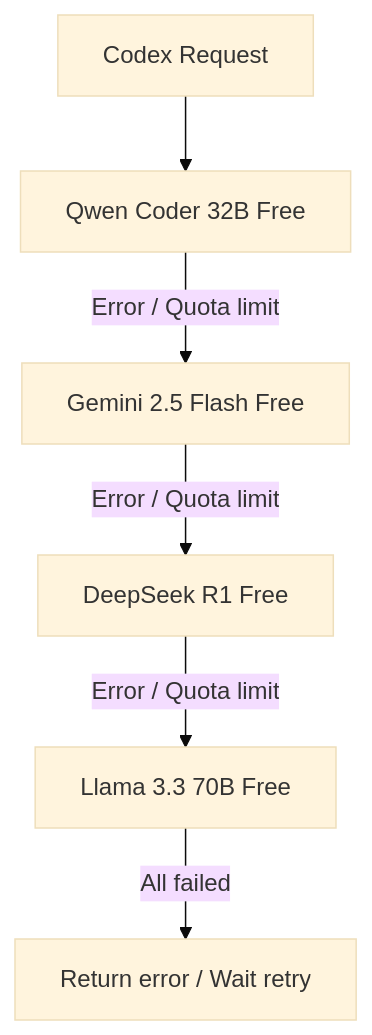
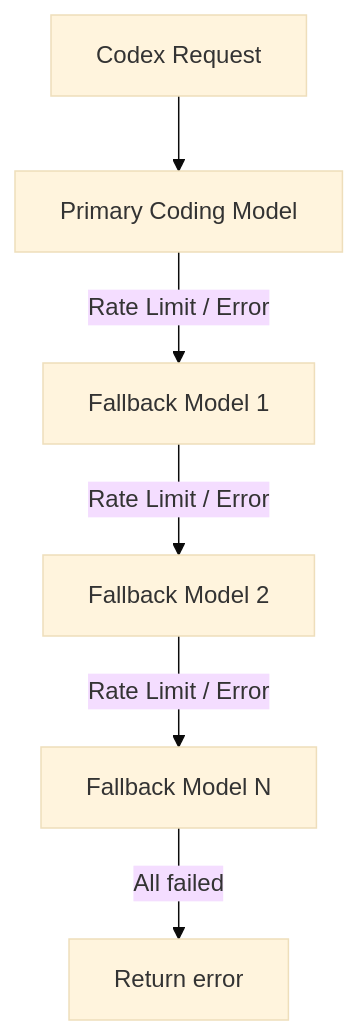
The diagram in docs/en/Profiles.md (nguyen-ngoc-quy/codex-agents-kit), drawn with Mermaid (base theme) before and after one commit. The commit also changed other lines of this file and 15 other files, not shown here.

````diff
--- a/docs/en/Profiles.md
+++ b/docs/en/Profiles.md
@@ -53,8 +52,8 @@
 ```mermaid
 graph TD;
-    Start[Codex Request] --> Qwen[Qwen Coder 32B Free];
-    Qwen -- Error / Quota limit --> Gemini[Gemini 2.5 Flash Free];
-    Gemini -- Error / Quota limit --> DeepSeek[DeepSeek R1 Free];
-    DeepSeek -- Error / Quota limit --> Llama[Llama 3.3 70B Free];
-    Llama -- All failed --> Fail[Return error / Wait retry];
+    Start[Codex Request] --> Model1[Primary Coding Model];
+    Model1 -- Rate Limit / Error --> Model2[Fallback Model 1];
+    Model2 -- Rate Limit / Error --> Model3[Fallback Model 2];
+    Model3 -- Rate Limit / Error --> ModelN[Fallback Model N];
+    ModelN -- All failed --> Fail[Return error];
 ```
````
